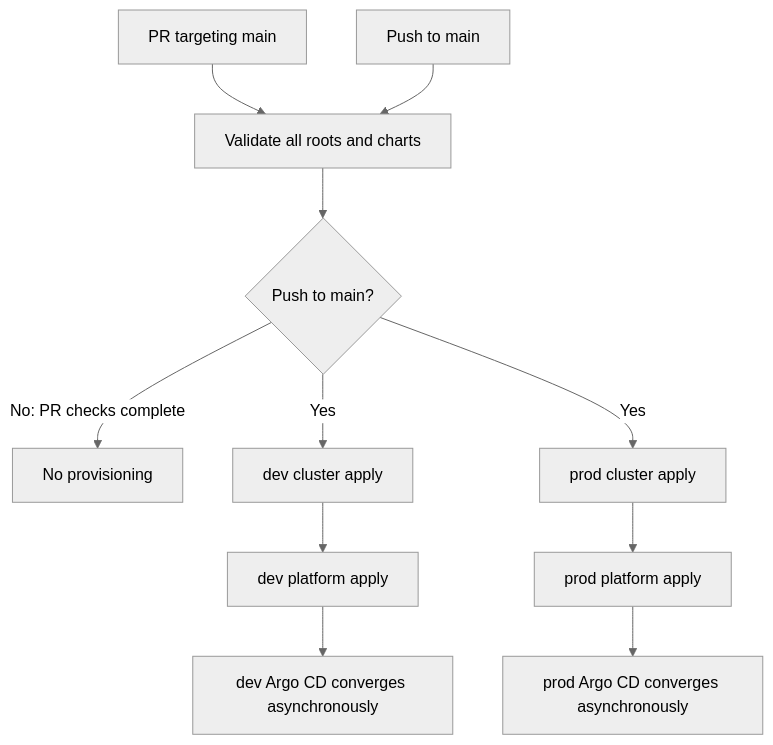
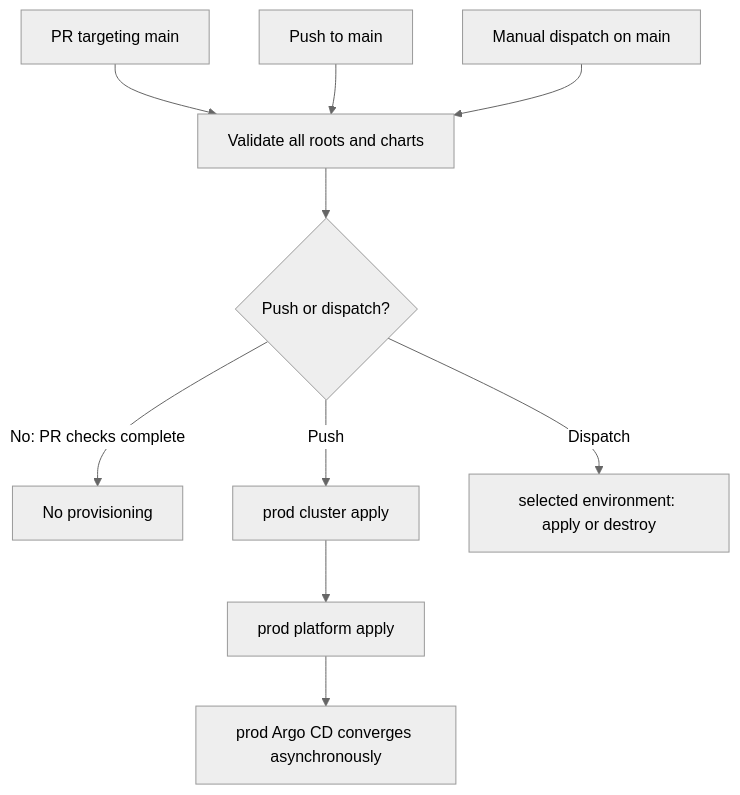
The second of 2 diagrams in docs/architecture/terraform-ci.md (phuchoang2603/talos-proxmox), drawn with Mermaid (neutral theme) before and after one commit. The commit also changed other lines of this file and 10 other files, not shown here.

First line of the commit message:
ci: apply only prod on push and build dev on demand

````diff
--- a/docs/architecture/terraform-ci.md
+++ b/docs/architecture/terraform-ci.md
@@ -36,13 +36,12 @@
 ```mermaid
 flowchart TD
     PR["PR targeting main"] --> Lint["Validate all roots and charts"]
     Push["Push to main"] --> Lint
-    Lint --> Trigger{"Push to main?"}
+    Dispatch["Manual dispatch on main"] --> Lint
+    Lint --> Trigger{"Push or dispatch?"}
     Trigger -->|"No: PR checks complete"| Done["No provisioning"]
-    Trigger -->|"Yes"| DevCluster["dev cluster apply"]
-    Trigger -->|"Yes"| ProdCluster["prod cluster apply"]
-    DevCluster --> DevPlatform["dev platform apply"]
+    Trigger -->|"Push"| ProdCluster["prod cluster apply"]
+    Trigger -->|"Dispatch"| Selected["selected environment: apply or destroy"]
     ProdCluster --> ProdPlatform["prod platform apply"]
-    DevPlatform --> DevArgo["dev Argo CD converges asynchronously"]
     ProdPlatform --> ProdArgo["prod Argo CD converges asynchronously"]
 ```
````
